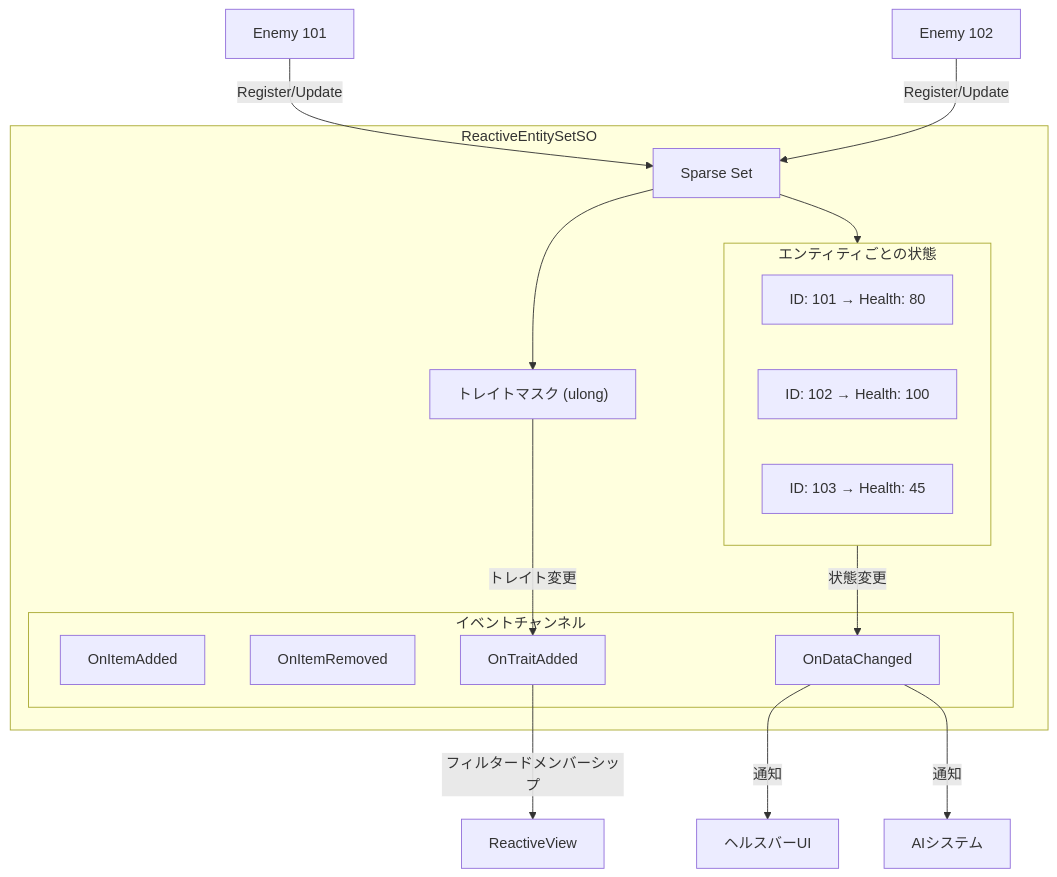
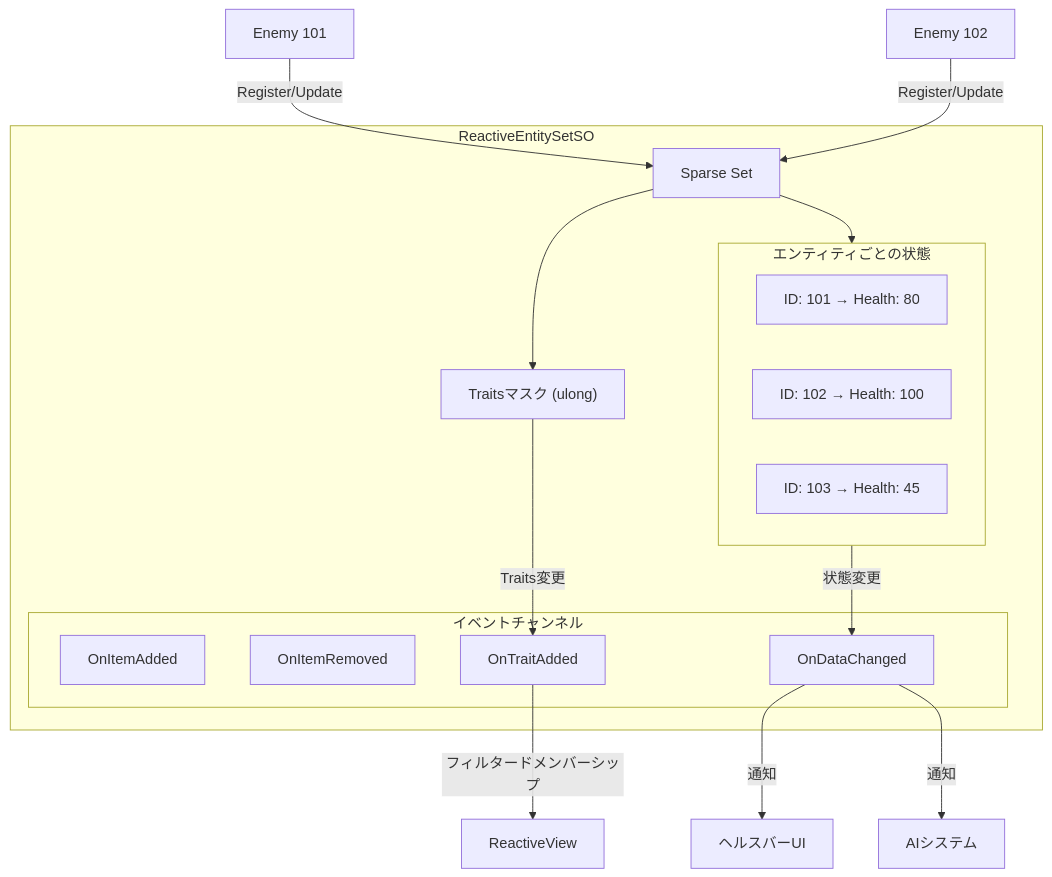
The diagram in ja/guides/reactive-entity-sets/index.md (tang3cko/ReactiveSO-docs), drawn with Mermaid before and after one commit. The commit also changed other lines of this file and 23 other files, not shown here.

````diff
--- a/ja/guides/reactive-entity-sets/index.md
+++ b/ja/guides/reactive-entity-sets/index.md
@@ -91,31 +91,31 @@
 ```mermaid
 flowchart TB
     subgraph EntitySet["ReactiveEntitySetSO<EnemyState>"]
         SS[Sparse Set]
         subgraph Data["エンティティごとの状態"]
             D1["ID: 101 → Health: 80"]
             D2["ID: 102 → Health: 100"]
             D3["ID: 103 → Health: 45"]
         end
-        Traits["トレイトマスク (ulong)"]
+        Traits["Traitsマスク (ulong)"]
         subgraph Events["イベントチャンネル"]
             E1[OnItemAdded]
             E2[OnItemRemoved]
             E3[OnDataChanged]
             E4[OnTraitAdded]
         end
     end
 
     View[ReactiveView]
 
     Enemy1[Enemy 101] -->|Register/Update| SS
     Enemy2[Enemy 102] -->|Register/Update| SS
     SS --> Data
     SS --> Traits
 
     Data -->|状態変更| E3
-    Traits -->|トレイト変更| E4
+    Traits -->|Traits変更| E4
     E3 -->|通知| UI[ヘルスバーUI]
     E3 -->|通知| AI[AIシステム]
     E4 -->|フィルタードメンバーシップ| View
 ```
````
